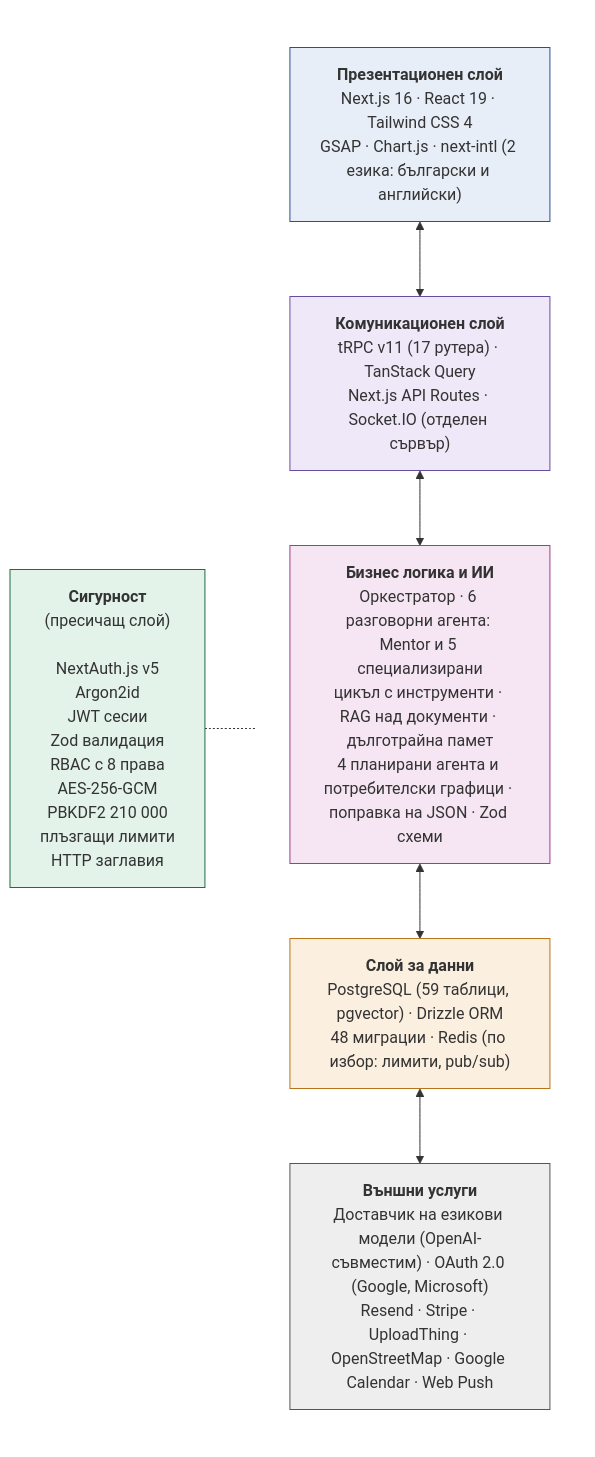
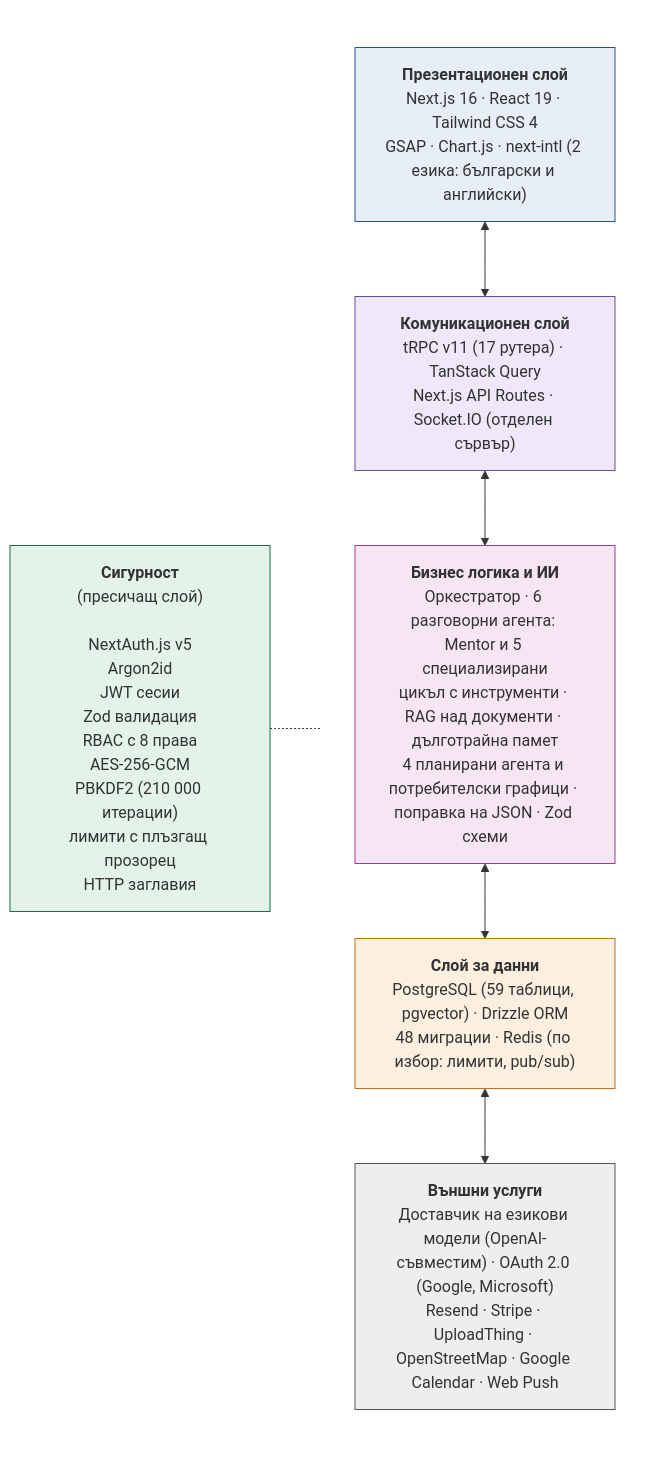
The fourth of 19 diagrams in docs/diploma/diagrams/GALLERY.md (tuncheva/KAIROS), drawn with Mermaid before and after one commit. The commit also changed other lines of this file and 68 other files, not shown here.

First line of the commit message:
fix(thesis): replace Word-drawn figures; apply approved diagram changes

````diff
--- a/docs/diploma/diagrams/GALLERY.md
+++ b/docs/diploma/diagrams/GALLERY.md
@@ -117,22 +119,22 @@
 ```mermaid
 %% Фигура 4 – Многослойна архитектура (числата се сверяват с кода)
 flowchart LR
   subgraph STACK[" "]
     direction TB
     l1["<b>Презентационен слой</b><br>Next.js 16 · React 19 · Tailwind CSS 4<br>GSAP · Chart.js · next-intl (2 езика: български и английски)"]
     l2["<b>Комуникационен слой</b><br>tRPC v11 (17 рутера) · TanStack Query<br>Next.js API Routes · Socket.IO (отделен сървър)"]
     l3["<b>Бизнес логика и ИИ</b><br>Оркестратор · 6 разговорни агента: Mentor и 5 специализирани<br>цикъл с инструменти · RAG над документи · дълготрайна памет<br>4 планирани агента и потребителски графици · поправка на JSON · Zod схеми"]
     l4["<b>Слой за данни</b><br>PostgreSQL (59 таблици, pgvector) · Drizzle ORM<br>48 миграции · Redis (по избор: лимити, pub/sub)"]
     l5["<b>Външни услуги</b><br>Доставчик на езикови модели (OpenAI-съвместим) · OAuth 2.0 (Google, Microsoft)<br>Resend · Stripe · UploadThing · OpenStreetMap · Google Calendar · Web Push"]
     l1 <--> l2 <--> l3 <--> l4 <--> l5
   end
-  SEC["<b>Сигурност</b><br>(пресичащ слой)<br><br>NextAuth.js v5<br>Argon2id<br>JWT сесии<br>Zod валидация<br>RBAC с 8 права<br>AES-256-GCM<br>PBKDF2 210 000<br>плъзгащи лимити<br>HTTP заглавия"]
+  SEC["<b>Сигурност</b><br>(пресичащ слой)<br><br>NextAuth.js v5<br>Argon2id<br>JWT сесии<br>Zod валидация<br>RBAC с 8 права<br>AES-256-GCM<br>PBKDF2 (210 000 итерации)<br>лимити с плъзгащ прозорец<br>HTTP заглавия"]
   SEC -.- STACK
   style STACK fill:transparent,stroke:transparent
   style SEC fill:#e3f3ea,stroke:#1f6b45
   style l1 fill:#e8eef8,stroke:#2c4f8f
   style l2 fill:#efe8f8,stroke:#6a4c9c
   style l3 fill:#f6e6f3,stroke:#9b3f8a
   style l4 fill:#fbefe0,stroke:#b8741a
   style l5 fill:#eeeeee,stroke:#555555
 ```
````
